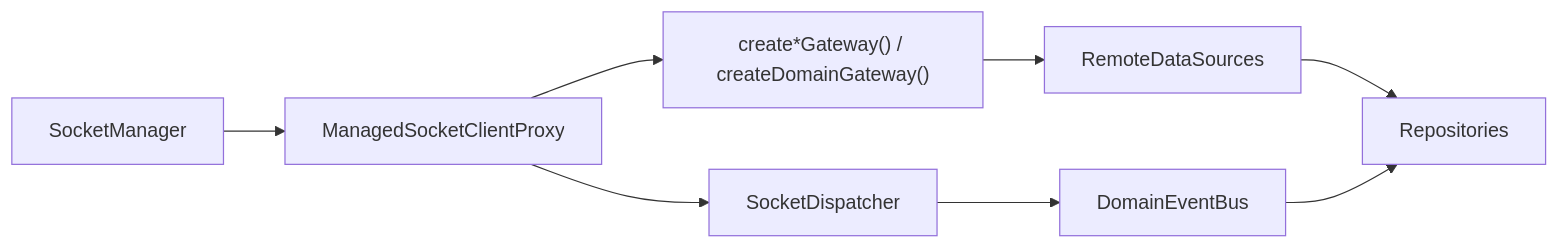
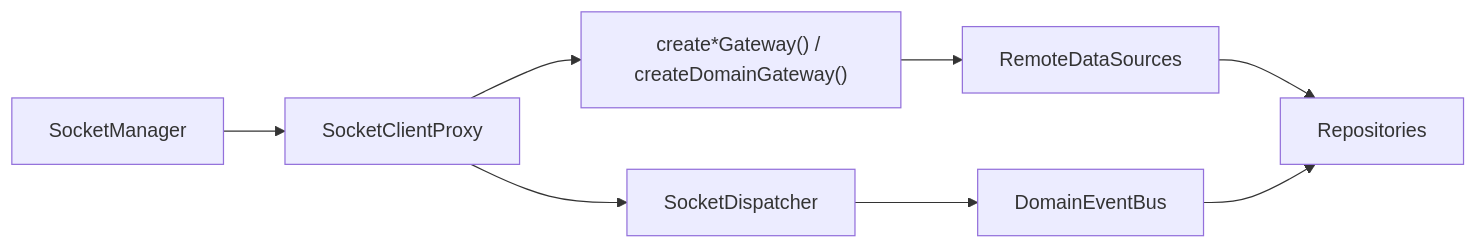
The diagram in libs/data/docs/network-layer.md (lemoncloud-io/dou-app), drawn with Mermaid before and after one commit. The commit also changed other lines of this file, not shown here.

First line of the commit message:
feat: update network layer docs for socket proxy rename

````diff
--- a/libs/data/docs/network-layer.md
+++ b/libs/data/docs/network-layer.md
@@ -16,10 +16,10 @@
 ```mermaid
 flowchart LR
-  SM["SocketManager"] --> Proxy["ManagedSocketClientProxy"]
+  SM["SocketManager"] --> Proxy["SocketClientProxy"]
   Proxy --> GW["create*Gateway() / createDomainGateway()"]
   GW --> RDS["RemoteDataSources"]
   Proxy --> DISP["SocketDispatcher"]
   DISP --> BUS["DomainEventBus"]
   RDS --> REPO["Repositories"]
   BUS --> REPO
 ```
````
